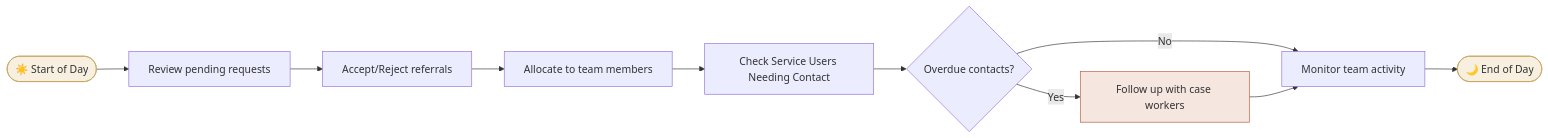
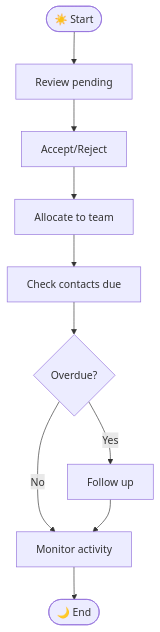
One commit to manaaki-tech/manaakicare-docs changed the sixth of 8 diagrams in docs/getting-started/workflow-overview.mdx. Above: the diagram before and after it, drawn with Mermaid. The commit also changed other lines of this file and 4 other files, not shown here.

````diff
--- a/docs/getting-started/workflow-overview.mdx
+++ b/docs/getting-started/workflow-overview.mdx
@@ -226,16 +224,22 @@
 ```mermaid
-flowchart LR
-    start(["☀️ Start of Day"]) --> pending["Review pending requests"]
-    pending --> accept_reject["Accept/Reject referrals"]
-    accept_reject --> allocate["Allocate to team members"]
-    allocate --> contacts["Check Service Users Needing Contact"]
-    contacts --> followup{"Overdue contacts?"}
-    followup -->|"Yes"| chase["Follow up with case workers"]
-    followup -->|"No"| monitor["Monitor team activity"]
+flowchart TB
+    start(["☀️ Start"])
+    pending["Review pending"]
+    accept_reject["Accept/Reject"]
+    allocate["Allocate to team"]
+    contacts["Check contacts due"]
+    followup{"Overdue?"}
+    chase["Follow up"]
+    monitor["Monitor activity"]
+    end_day(["🌙 End"])
+
+    start --> pending
+    pending --> accept_reject
+    accept_reject --> allocate
+    allocate --> contacts
+    contacts --> followup
+    followup -->|"Yes"| chase
+    followup -->|"No"| monitor
     chase --> monitor
-    monitor --> end_day(["🌙 End of Day"])
-
-    style start fill:#F7F0E0,stroke:#C4A35A
-    style end_day fill:#F7F0E0,stroke:#C4A35A
-    style chase fill:#F5E6E0,stroke:#B85C38
+    monitor --> end_day
 ```
````
